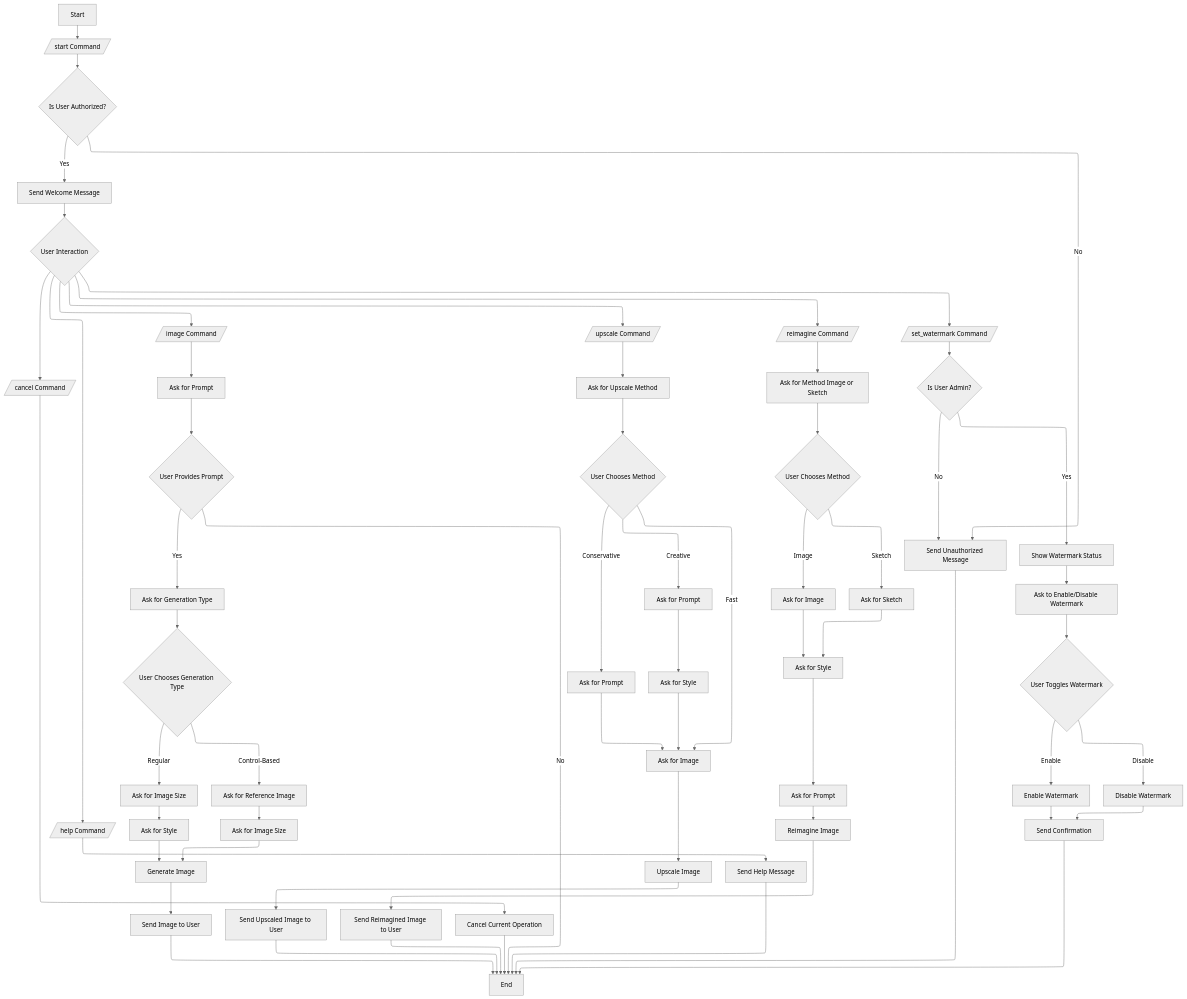
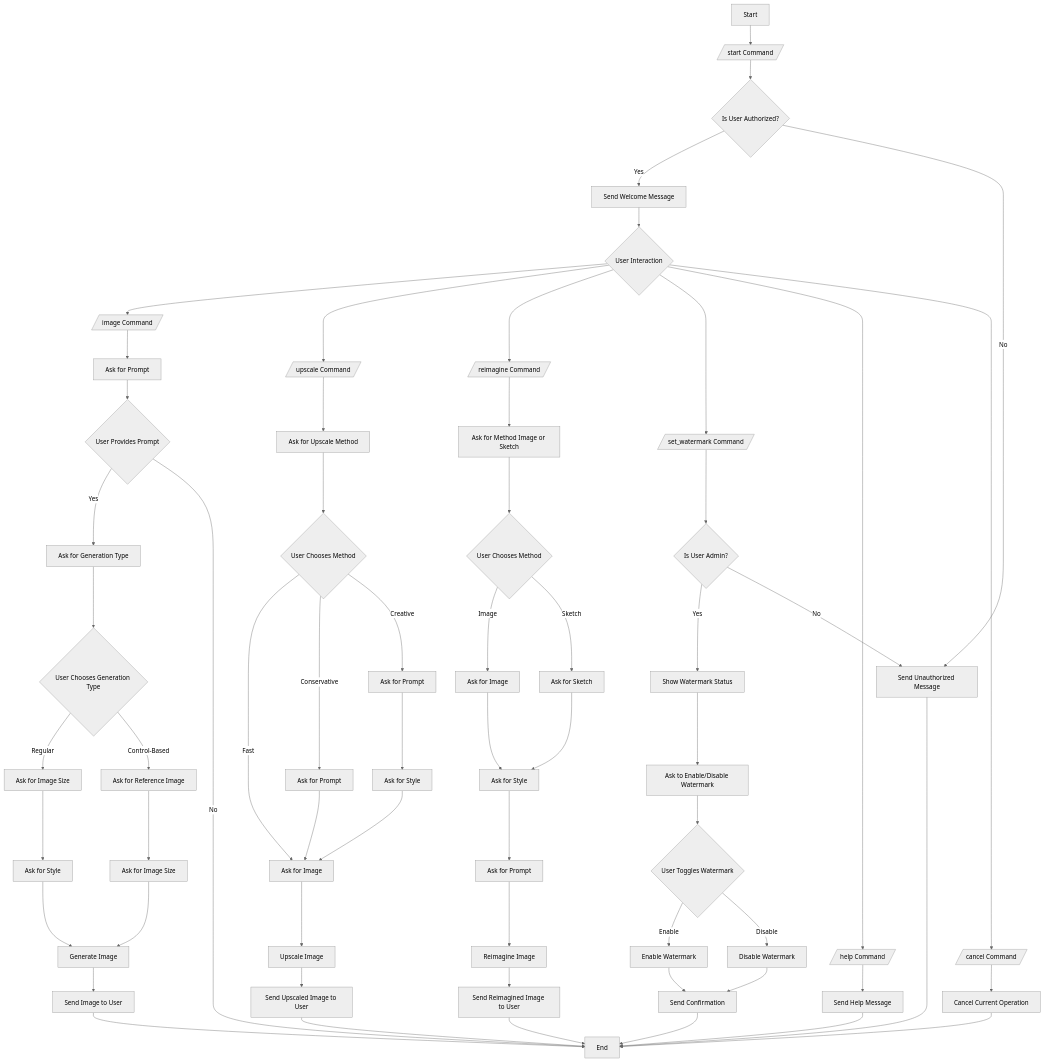
Before and after one commit to 1999AZZAR/telegram-image-generation-bot: the diagram in v2/README.md, drawn with Mermaid (neutral theme).

````diff
--- a/v2/README.md
+++ b/v2/README.md
@@ -40,62 +40,58 @@
 ```mermaid
----
-config:
-  layout: elk
----
 flowchart TD
     A["Start"] --> B[/"start Command"/]
     B --> C{"Is User Authorized?"}
     C -- Yes --> D["Send Welcome Message"]
     C -- No --> E["Send Unauthorized Message"]
     D --> F{"User Interaction"}
     E --> Z["End"]
     F --> G[/"image Command"/] & H[/"upscale Command"/] & I[/"reimagine Command"/] & J[/"set_watermark Command"/] & K[/"help Command"/] & L[/"cancel Command"/]
     G --> M["Ask for Prompt"]
     M --> N{"User Provides Prompt"}
     N -- Yes --> O["Ask for Generation Type"]
     N -- No --> Z
     O --> P{"User Chooses Generation Type"}
     P -- Regular --> Q["Ask for Image Size"]
     P -- "Control-Based" --> R["Ask for Reference Image"]
     Q --> S["Ask for Style"]
     R --> T["Ask for Image Size"]
     S --> U["Generate Image"]
     T --> U
     U --> V["Send Image to User"]
     V --> Z
     H --> W["Ask for Upscale Method"]
     W --> X{"User Chooses Method"}
     X -- Fast --> AC["Ask for Image"]
     X -- Conservative --> AA["Ask for Prompt"]
     X -- Creative --> AB["Ask for Prompt"]
     AA --> AC["Ask for Image"]
     AB --> AD["Ask for Style"]
     AD --> AC
     AC --> AE["Upscale Image"]
     AE --> AF["Send Upscaled Image to User"]
     AF --> Z
     I --> AG["Ask for Method Image or Sketch"]
     AG --> AH{"User Chooses Method"}
     AH -- Image --> AI["Ask for Image"]
     AH -- Sketch --> AJ["Ask for Sketch"]
     AI --> AK["Ask for Style"]
     AJ --> AK
     AK --> AL["Ask for Prompt"]
     AL --> AM["Reimagine Image"]
     AM --> AN["Send Reimagined Image to User"]
     AN --> Z
     J --> AO{"Is User Admin?"}
     AO -- Yes --> AP["Show Watermark Status"]
     AO -- No --> E["Send Unauthorized Message"]
     AP --> AR["Ask to Enable/Disable Watermark"]
     AR --> AS{"User Toggles Watermark"}
     AS -- Enable --> AT["Enable Watermark"]
     AS -- Disable --> AU["Disable Watermark"]
     AT --> AV["Send Confirmation"]
     AU --> AV
     AV --> Z
     K --> AW["Send Help Message"]
     AW --> Z
     L --> AX["Cancel Current Operation"]
     AX --> Z
 ```
````
